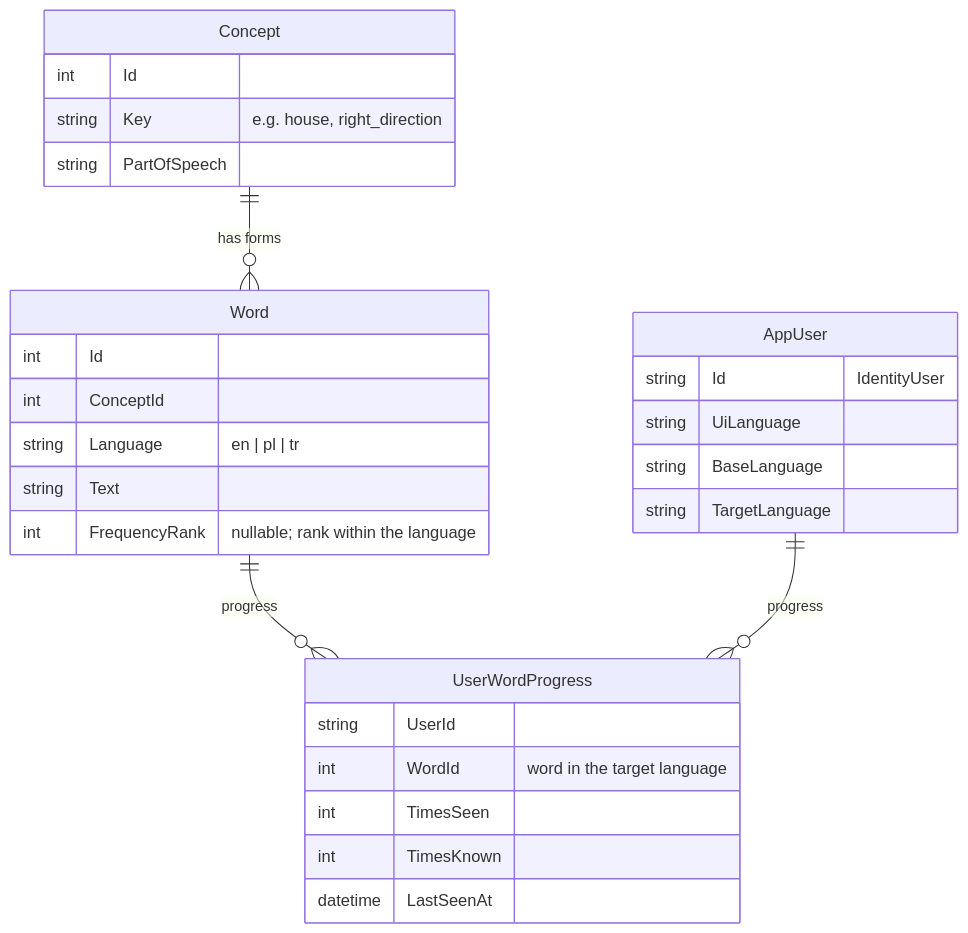
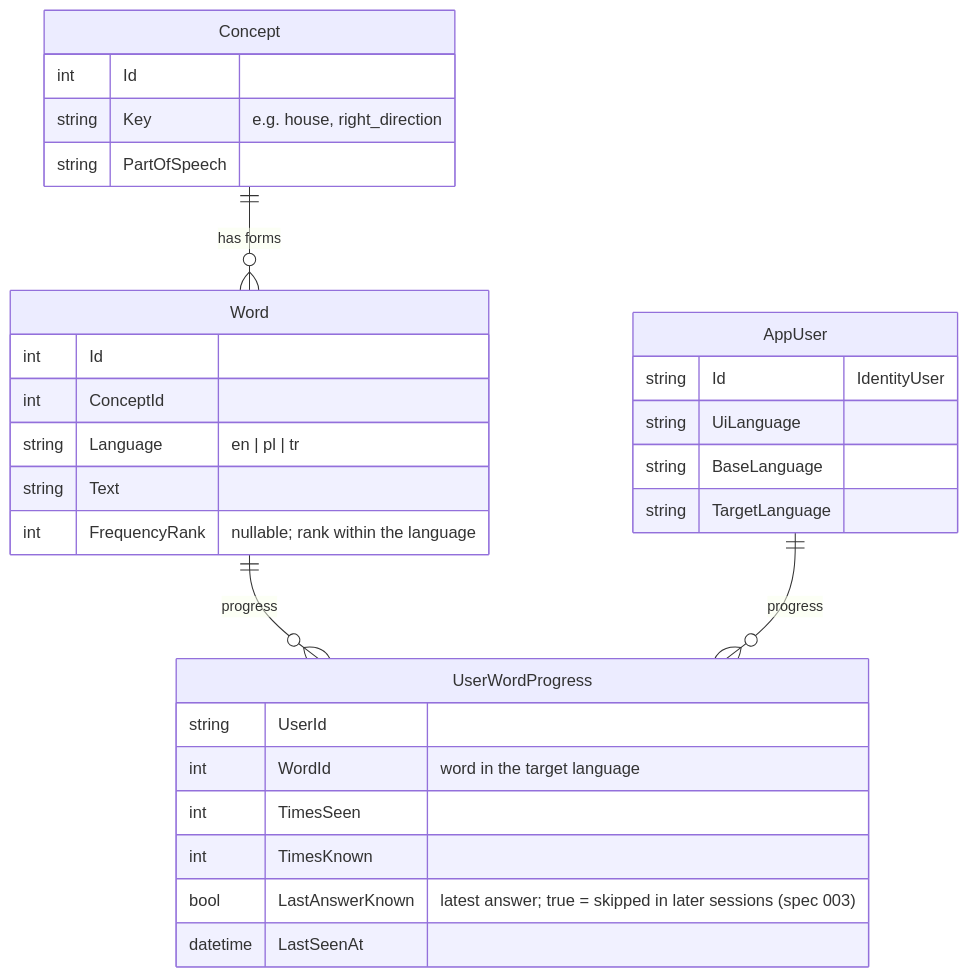
The third of 3 diagrams in docs/architecture.md (grzegorz555/word-wise), drawn with Mermaid before and after one commit. The commit also changed 4 other files, not shown here.

````diff
--- a/docs/architecture.md
+++ b/docs/architecture.md
@@ -26,31 +26,32 @@
 ```mermaid
 erDiagram
   Concept ||--o{ Word : "has forms"
   Word ||--o{ UserWordProgress : "progress"
   AppUser ||--o{ UserWordProgress : "progress"
   Concept {
     int Id
     string Key "e.g. house, right_direction"
     string PartOfSpeech
   }
   Word {
     int Id
     int ConceptId
     string Language "en | pl | tr"
     string Text
     int FrequencyRank "nullable; rank within the language"
   }
   UserWordProgress {
     string UserId
     int WordId "word in the target language"
     int TimesSeen
     int TimesKnown
+    bool LastAnswerKnown "latest answer; true = skipped in later sessions (spec 003)"
     datetime LastSeenAt
   }
   AppUser {
     string Id "IdentityUser"
     string UiLanguage
     string BaseLanguage
     string TargetLanguage
   }
 ```
````
